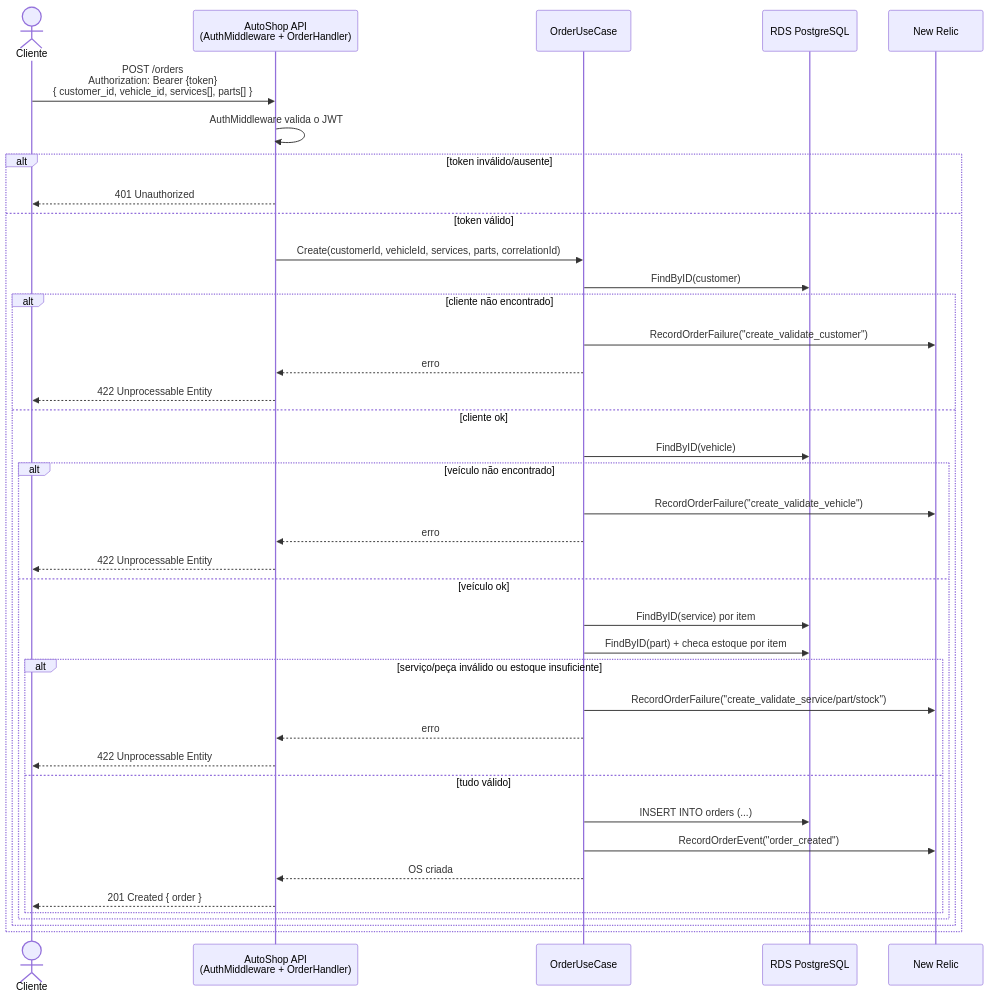
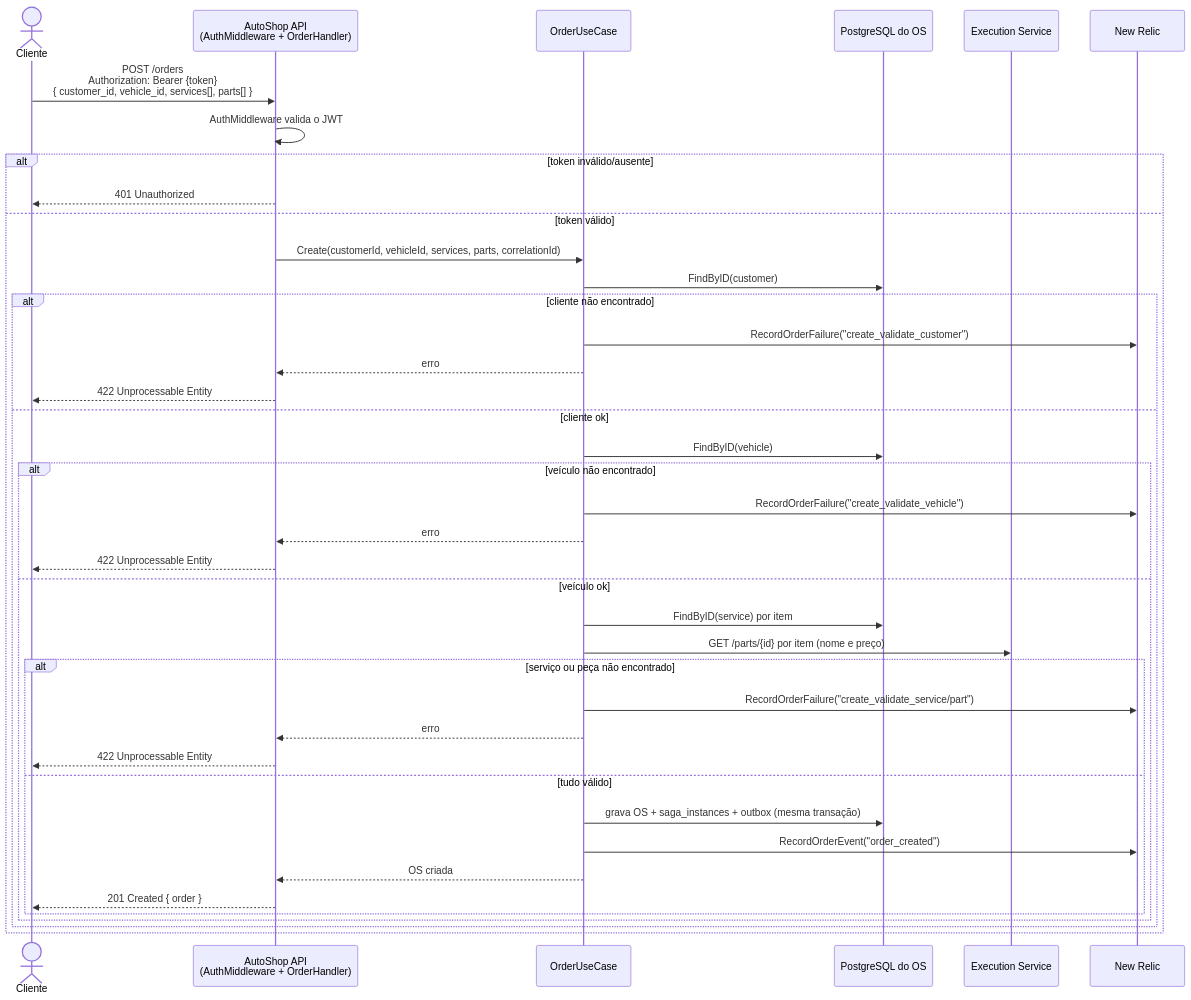
The second of 2 diagrams in docs/sequence-diagram.md (Jackeline2020/app-autoshop), drawn with Mermaid before and after one commit. The commit also changed other lines of this file and 16 other files, not shown here.

````diff
--- a/docs/sequence-diagram.md
+++ b/docs/sequence-diagram.md
@@ -57,44 +58,45 @@
 ```mermaid
 sequenceDiagram
     actor Cliente
     participant API as AutoShop API<br/>(AuthMiddleware + OrderHandler)
     participant UC as OrderUseCase
-    participant DB as RDS PostgreSQL
+    participant DB as PostgreSQL do OS
+    participant EX as Execution Service
     participant NR as New Relic
 
     Cliente->>API: POST /orders<br/>Authorization: Bearer {token}<br/>{ customer_id, vehicle_id, services[], parts[] }
     API->>API: AuthMiddleware valida o JWT
 
     alt token inválido/ausente
         API-->>Cliente: 401 Unauthorized
     else token válido
         API->>UC: Create(customerId, vehicleId, services, parts, correlationId)
 
         UC->>DB: FindByID(customer)
         alt cliente não encontrado
             UC->>NR: RecordOrderFailure("create_validate_customer")
             UC-->>API: erro
             API-->>Cliente: 422 Unprocessable Entity
         else cliente ok
             UC->>DB: FindByID(vehicle)
             alt veículo não encontrado
                 UC->>NR: RecordOrderFailure("create_validate_vehicle")
                 UC-->>API: erro
                 API-->>Cliente: 422 Unprocessable Entity
             else veículo ok
                 UC->>DB: FindByID(service) por item
-                UC->>DB: FindByID(part) + checa estoque por item
-                alt serviço/peça inválido ou estoque insuficiente
-                    UC->>NR: RecordOrderFailure("create_validate_service/part/stock")
+                UC->>EX: GET /parts/{id} por item (nome e preço)
+                alt serviço ou peça não encontrado
+                    UC->>NR: RecordOrderFailure("create_validate_service/part")
                     UC-->>API: erro
                     API-->>Cliente: 422 Unprocessable Entity
                 else tudo válido
-                    UC->>DB: INSERT INTO orders (...)
+                    UC->>DB: grava OS + saga_instances + outbox (mesma transação)
                     UC->>NR: RecordOrderEvent("order_created")
                     UC-->>API: OS criada
                     API-->>Cliente: 201 Created { order }
                 end
             end
         end
     end
 ```
````
